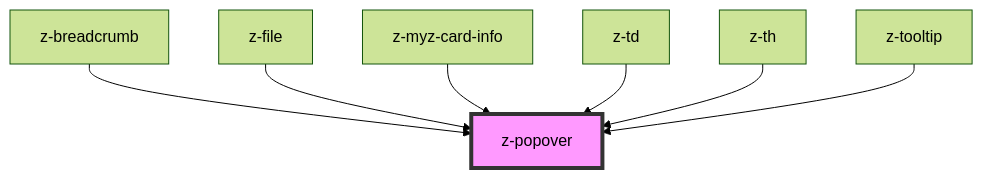
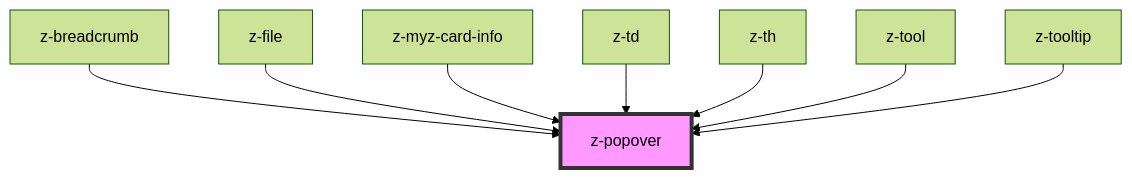
The diagram in src/components/z-popover/readme.md (ZanichelliEditore/design-system), drawn with Mermaid (forest theme) before and after one commit. The commit also changed other lines of this file and 11 other files, not shown here.

````diff
--- a/src/components/z-popover/readme.md
+++ b/src/components/z-popover/readme.md
@@ -71,10 +72,11 @@
 ```mermaid
 graph TD;
   z-breadcrumb --> z-popover
   z-file --> z-popover
   z-myz-card-info --> z-popover
   z-td --> z-popover
   z-th --> z-popover
+  z-tool --> z-popover
   z-tooltip --> z-popover
   style z-popover fill:#f9f,stroke:#333,stroke-width:4px
 ```
````
